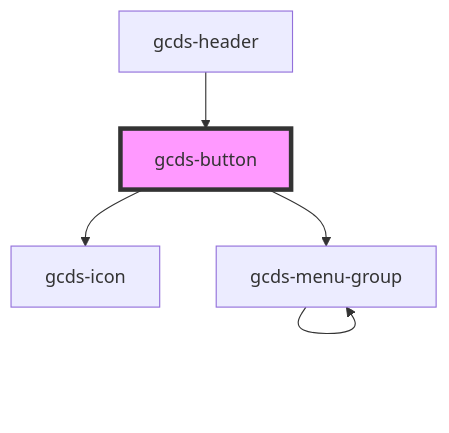
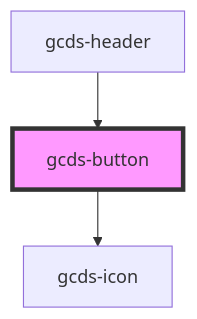
One commit to cds-snc/gcds-components changed the diagram in packages/web/src/components/gcds-button/readme.md. Above: the diagram before and after it, drawn with Mermaid. The commit also changed other lines of this file and 26 other files, not shown here.

Commit message:
Fix gcds-menu-group appearing as a dependency in all components

````diff
--- a/packages/web/src/components/gcds-button/readme.md
+++ b/packages/web/src/components/gcds-button/readme.md
@@ -59,8 +58,6 @@
 ```mermaid
 graph TD;
   gcds-button --> gcds-icon
-  gcds-button --> gcds-menu-group
-  gcds-menu-group --> gcds-menu-group
   gcds-header --> gcds-button
   style gcds-button fill:#f9f,stroke:#333,stroke-width:4px
 ```
````
